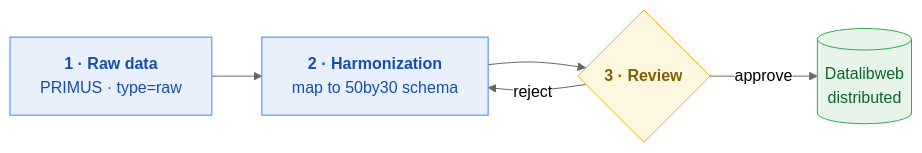
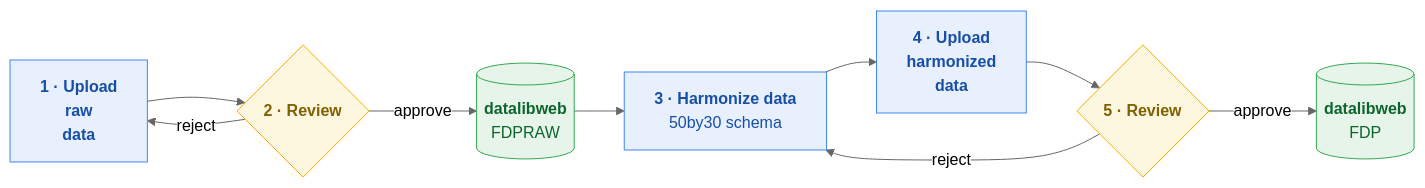
The diagram in index.qmd (GPID-WB/50by35-data), drawn with Mermaid (neutral theme) before and after one commit. The commit also changed other lines of this file and 5 other files, not shown here.

````diff
--- a/index.qmd
+++ b/index.qmd
@@ -9,20 +16,29 @@
 ```{mermaid}
 %%| label: fig-pipeline
-%%| fig-cap: "The 50by30 microdata pipeline, from raw survey to distribution."
+%%| fig-cap: "The 50by30 microdata pipeline"
+%%| fig-width: 8
 flowchart LR
-    raw["<b>1 · Raw data</b><br/>PRIMUS · type=raw"]
-    harm["<b>2 · Harmonization</b><br/>map to 50by30 schema"]
-    rev{"<b>3 · Review</b>"}
-    dist[("Datalibweb<br/>distributed")]
+    raw["<b>1 · Upload<br/>raw<br/>data</b>"]
+    rawrev{"<b>2 · Review</b>"}
+    dlwraw[("<b>datalibweb</b><br/>FDPRAW")]
+    harm["<b>3 · Harmonize data</b><br/>50by30 schema"]
+    hup["<b>4 · Upload<br/>harmonized<br/>data</b>"]
+    hrev{"<b>5 · Review</b>"}
+    dlw[("<b>datalibweb</b><br/>FDP")]
 
-    raw --> harm --> rev
-    rev -->|approve| dist
-    rev -->|reject| harm
+    raw --> rawrev
+    rawrev -->|approve| dlwraw
+    rawrev -->|reject| raw
+    dlwraw --> harm
+    harm --> hup
+    hup --> hrev
+    hrev -->|approve| dlw
+    hrev -->|reject| harm
 
     classDef step fill:#e8f0fe,stroke:#4285f4,color:#174ea6;
     classDef gate fill:#fef7e0,stroke:#f9ab00,color:#7f6003;
     classDef store fill:#e6f4ea,stroke:#34a853,color:#0d652d;
-    class raw,harm step;
-    class rev gate;
-    class dist store;
+    class raw,harm,hup step;
+    class rawrev,hrev gate;
+    class dlwraw,dlw store;
 ```
````
